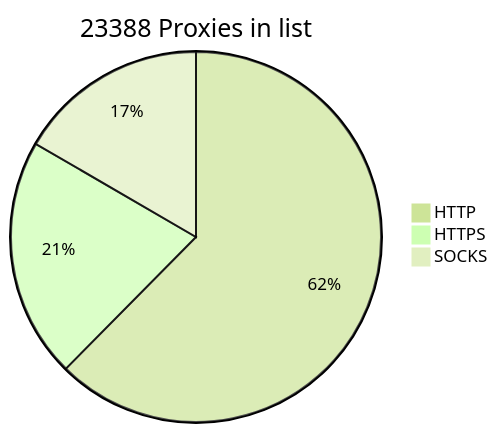
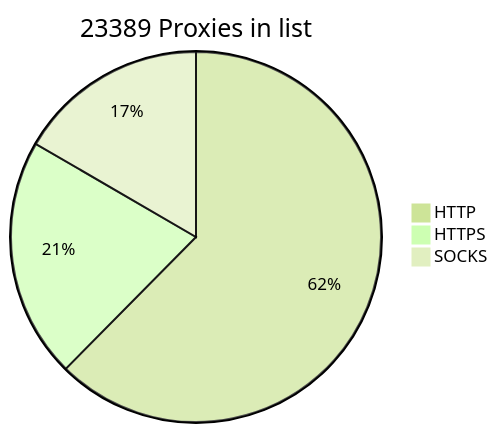
One commit to BlackSnowDot/proxylist-update-every-minute changed the diagram in README.md. Above: the diagram before and after it, drawn with Mermaid (forest theme).

````diff
--- a/README.md
+++ b/README.md
@@ -2,6 +2,6 @@
 ```mermaid
-pie title 23388 Proxies in list
+pie title 23389 Proxies in list
     "HTTP" : 16730
-    "HTTPS": 5622
+    "HTTPS": 5623
     "SOCKS" : 4456
 ```
````
